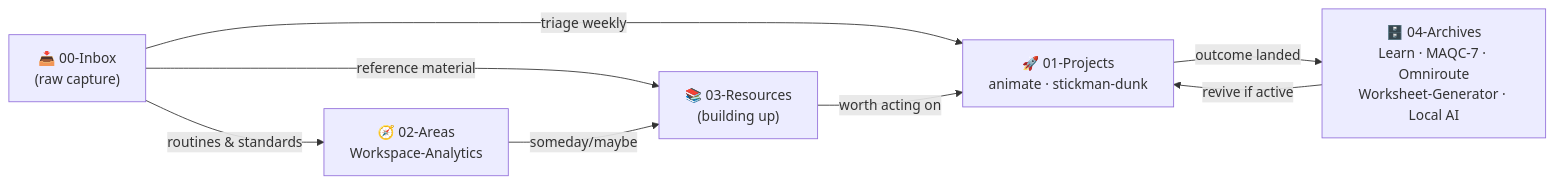
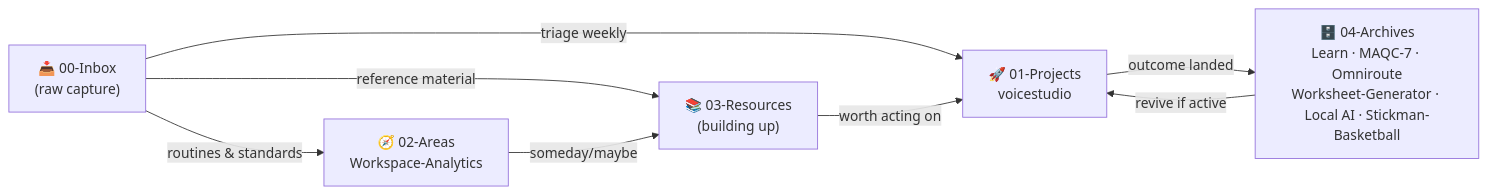
Before and after one commit to Chandrasen74/obsidian-hermes: the diagram in HOME.md, drawn with Mermaid. The commit also changed other lines of this file and 1081 other files, not shown here.

First line of the commit message:
Archive Stickman-Basketball and move the full animate workspace out of 01-Projects

````diff
--- a/HOME.md
+++ b/HOME.md
@@ -12,16 +12,16 @@
 ```mermaid
 flowchart LR
     IN["📥 00-Inbox<br>(raw capture)"]
-    PRJ["🚀 01-Projects<br>animate · stickman-dunk"]
+    PRJ["🚀 01-Projects<br>voicestudio"]
     ARE["🧭 02-Areas<br>Workspace-Analytics"]
     RES["📚 03-Resources<br>(building up)"]
-    ARC["🗄️ 04-Archives<br>Learn · MAQC-7 · Omniroute<br>Worksheet-Generator · Local AI"]
+    ARC["🗄️ 04-Archives<br>Learn · MAQC-7 · Omniroute<br>Worksheet-Generator · Local AI · Stickman-Basketball"]
 
     IN -- "triage weekly" --> PRJ
     IN -- "routines & standards" --> ARE
     IN -- "reference material" --> RES
     PRJ -- "outcome landed" --> ARC
     ARE -- "someday/maybe" --> RES
     RES -- "worth acting on" --> PRJ
     ARC -- "revive if active" --> PRJ
 ```
````
